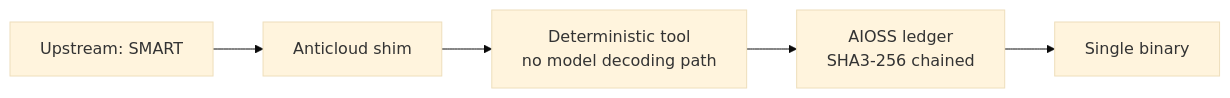
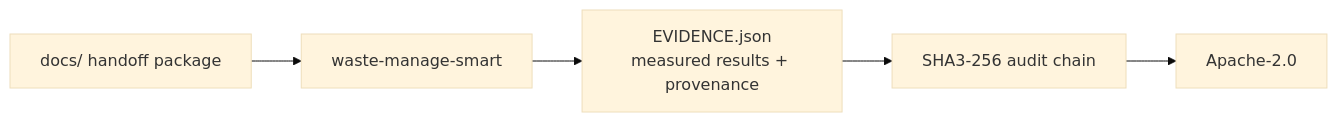
One commit to the-anticloud/waste-manage-smart changed the diagram in README.md. Above: the diagram before and after it, drawn with Mermaid (base theme). The commit also changed other lines of this file and 7 other files, not shown here.

````diff
--- a/README.md
+++ b/README.md
@@ -11,7 +22,7 @@
 ```mermaid
 graph LR
-    U[Upstream: SMART] --> S[Anticloud shim]
-    S --> T[Deterministic tool<br/>no model decoding path]
-    T --> A[AIOSS ledger<br/>SHA3-256 chained]
-    A --> B[Single binary]
+    D[docs/ handoff package] --> R[waste-manage-smart]
+    R --> E[EVIDENCE.json\nmeasured results + provenance]
+    E --> A[SHA3-256 audit chain]
+    A --> L[Apache-2.0]
 ```
````
